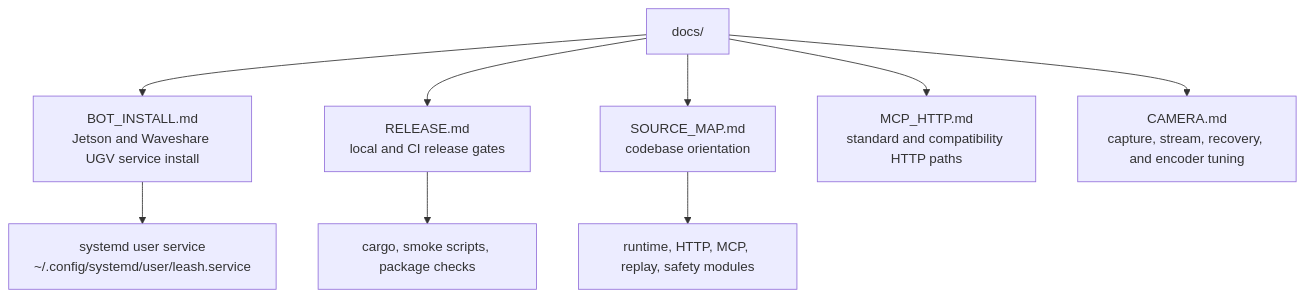
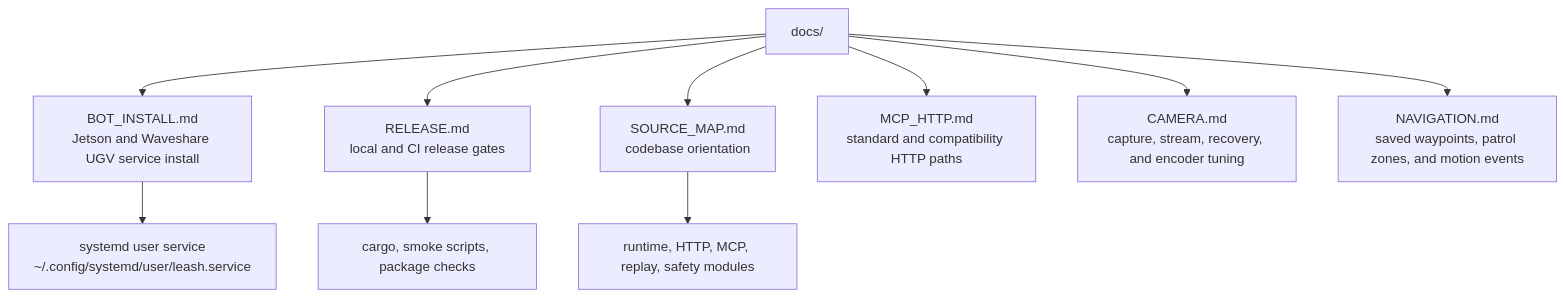
One commit to specdog/leash changed the diagram in docs/README.md. Above: the diagram before and after it, drawn with Mermaid. The commit also changed other lines of this file and 25 other files, not shown here.

Commit message:
Add saved patrol zones and motion events

````diff
--- a/docs/README.md
+++ b/docs/README.md
@@ -5,12 +5,13 @@
 ```mermaid
 flowchart TB
   docs["docs/"] --> bot["BOT_INSTALL.md\nJetson and Waveshare UGV service install"]
   docs --> release["RELEASE.md\nlocal and CI release gates"]
   docs --> source["SOURCE_MAP.md\ncodebase orientation"]
   docs --> mcp["MCP_HTTP.md\nstandard and compatibility HTTP paths"]
   docs --> camera["CAMERA.md\ncapture, stream, recovery, and encoder tuning"]
+  docs --> navigation["NAVIGATION.md\nsaved waypoints, patrol zones, and motion events"]
 
   bot --> service["systemd user service\n~/.config/systemd/user/leash.service"]
   release --> proof["cargo, smoke scripts, package checks"]
   source --> modules["runtime, HTTP, MCP, replay, safety modules"]
 ```
````
